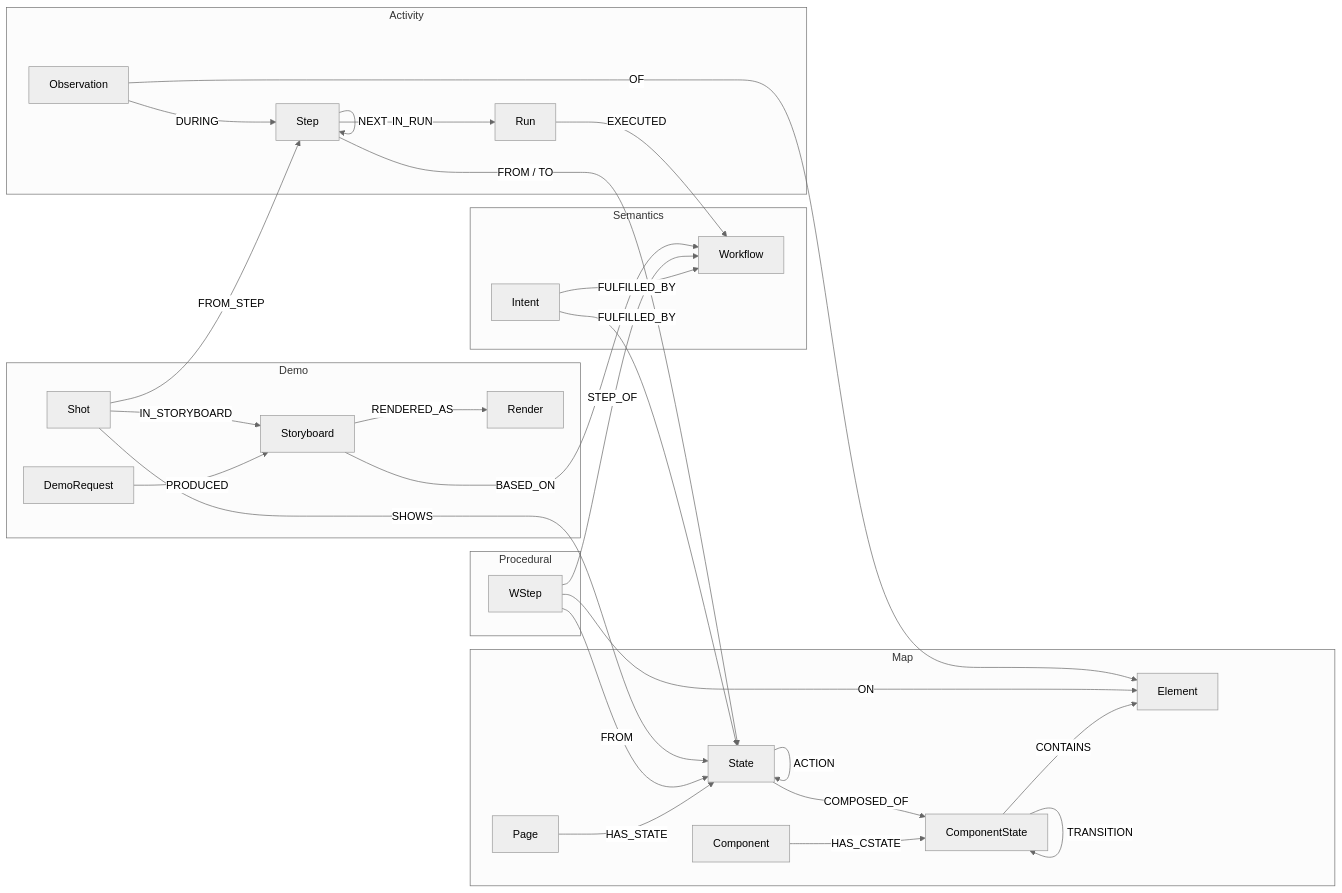
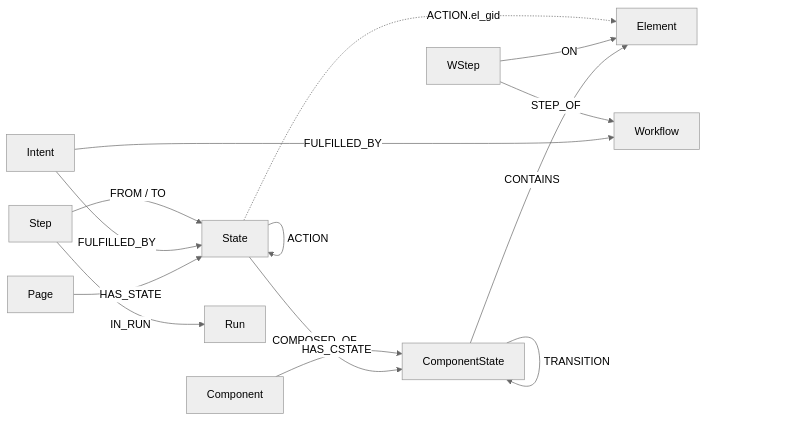
One commit to WinterSun23/BrowserAutomation_Agent changed the diagram in README.md. Above: the diagram before and after it, drawn with Mermaid (neutral theme). The commit also changed other lines of this file, not shown here.

Commit message:
Document the graph model and the agent's queries in the README

````diff
--- a/README.md
+++ b/README.md
@@ -72,36 +82,16 @@
 ```mermaid
 flowchart LR
-  subgraph Map
-    Page -->|HAS_STATE| State
-    Component -->|HAS_CSTATE| ComponentState
-    State -->|COMPOSED_OF| ComponentState
-    ComponentState -->|CONTAINS| Element
-    State -->|ACTION| State
-    ComponentState -->|TRANSITION| ComponentState
-  end
-  subgraph Semantics
-    Intent -->|FULFILLED_BY| State
-    Intent -->|FULFILLED_BY| Workflow
-  end
-  subgraph Procedural
-    WStep -->|STEP_OF| Workflow
-    WStep -->|FROM| State
-    WStep -->|ON| Element
-  end
-  subgraph Activity
-    Step -->|IN_RUN| Run
-    Step -->|NEXT| Step
-    Step -->|FROM / TO| State
-    Run -->|EXECUTED| Workflow
-    Observation -->|DURING| Step
-    Observation -->|OF| Element
-  end
-  subgraph Demo
-    DemoRequest -->|PRODUCED| Storyboard
-    Storyboard -->|BASED_ON| Workflow
-    Shot -->|IN_STORYBOARD| Storyboard
-    Shot -->|SHOWS| State
-    Shot -->|FROM_STEP| Step
-    Storyboard -->|RENDERED_AS| Render
-  end
+  Page -->|HAS_STATE| State
+  State -->|ACTION| State
+  State -->|COMPOSED_OF| CS[ComponentState]
+  Component -->|HAS_CSTATE| CS
+  CS -->|CONTAINS| Element
+  CS -->|TRANSITION| CS
+  Intent -->|FULFILLED_BY| State
+  Intent -->|FULFILLED_BY| Workflow
+  WStep -->|STEP_OF| Workflow
+  WStep -->|ON| Element
+  Step -->|IN_RUN| Run
+  Step -->|FROM / TO| State
+  State -. "ACTION.el_gid" .-> Element
 ```
````
